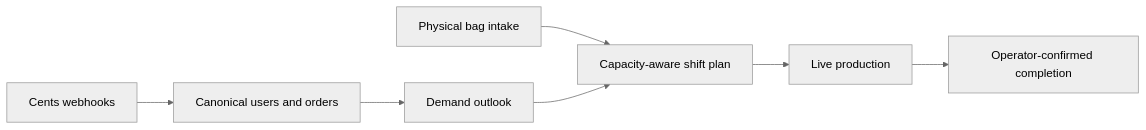
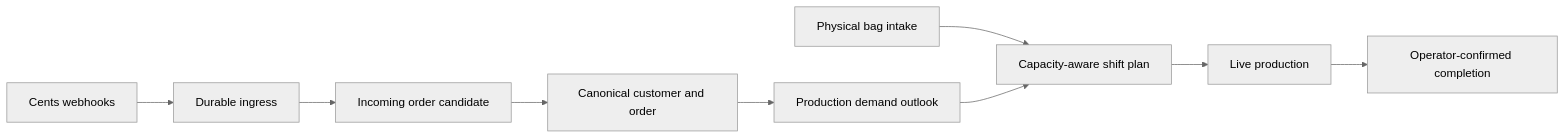
One commit to steven-rosales/pressly-legacy changed the diagram in README.md. Above: the diagram before and after it, drawn with Mermaid (neutral theme). The commit also changed other lines of this file and 5806 other files, not shown here.

Commit message:
Replace the legacy architecture with cellular systems

````diff
--- a/README.md
+++ b/README.md
@@ -73,9 +73,11 @@
 ```mermaid
 flowchart LR
-    Cents["Cents webhooks"] --> Records["Canonical users and orders"]
-    Records --> Forecast["Demand outlook"]
+    Cents["Cents webhooks"] --> Ingress["Durable ingress"]
+    Ingress --> Candidate["Incoming order candidate"]
+    Candidate --> Records["Canonical customer and order"]
+    Records --> Forecast["Production demand outlook"]
     Intake["Physical bag intake"] --> Plan["Capacity-aware shift plan"]
     Forecast --> Plan
     Plan --> Run["Live production"]
     Run --> Complete["Operator-confirmed completion"]
 ```
````
